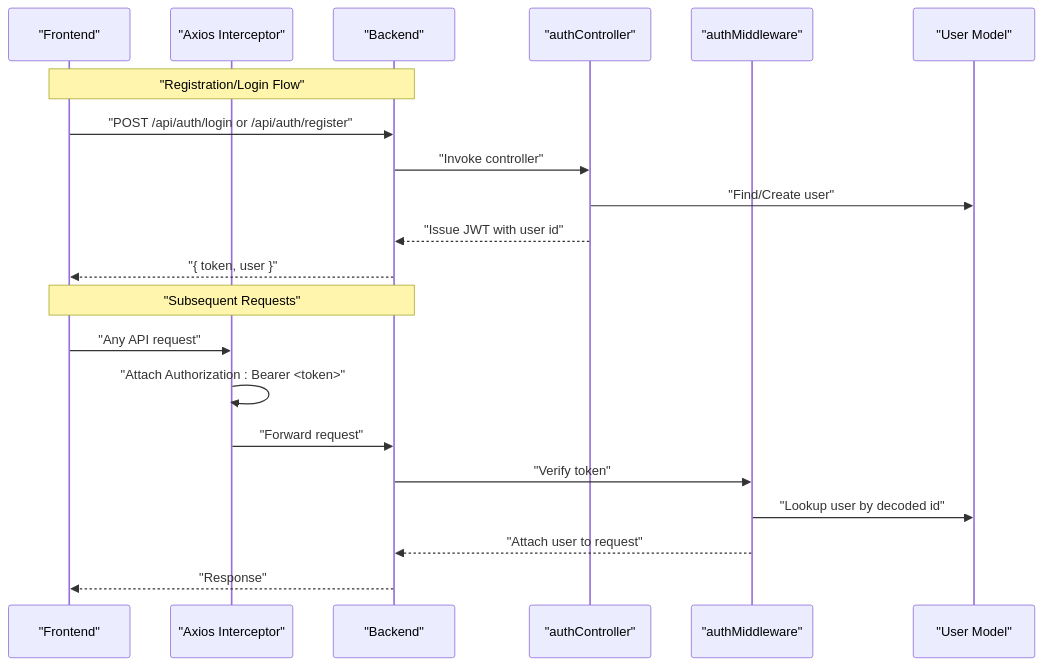
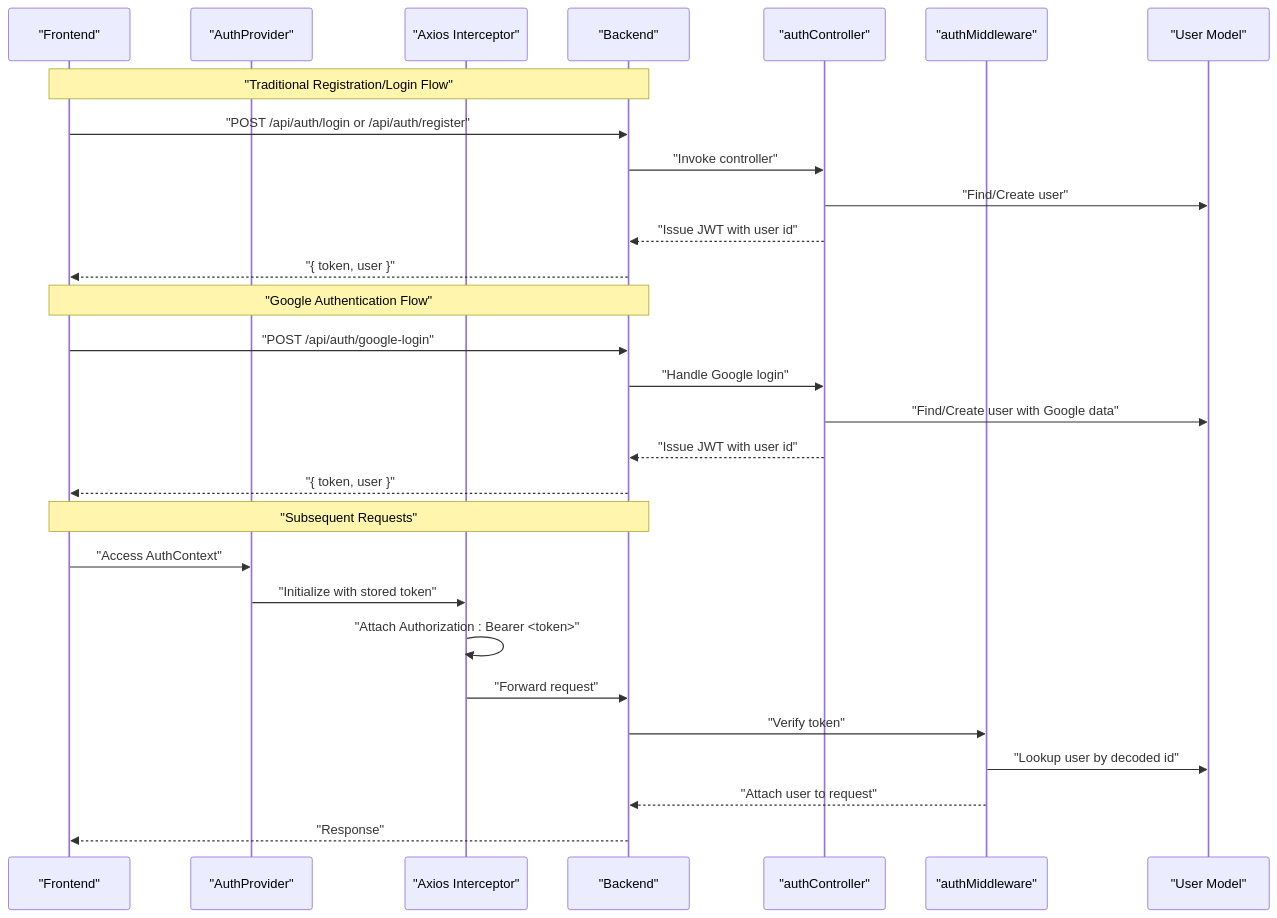
Before and after one commit to Pavan-PSPK9032/TrendsandToss: the second of 5 diagrams in .qoder/repowiki/en/content/Authentication & Authorization/JWT Token Flow & Management.md, drawn with Mermaid. The commit also changed other lines of this file and 5 other files, not shown here.

````diff
--- a/.qoder/repowiki/en/content/Authentication & Authorization/JWT Token Flow & Management.md
+++ b/.qoder/repowiki/en/content/Authentication & Authorization/JWT Token Flow & Management.md
@@ -114,23 +139,31 @@
 ```mermaid
 sequenceDiagram
 participant FE as "Frontend"
+participant MAIN as "AuthProvider"
 participant AX as "Axios Interceptor"
 participant BE as "Backend"
 participant CTRL as "authController"
 participant MDW as "authMiddleware"
 participant DB as "User Model"
-Note over FE,BE : "Registration/Login Flow"
+Note over FE,BE : "Traditional Registration/Login Flow"
 FE->>BE : "POST /api/auth/login or /api/auth/register"
 BE->>CTRL : "Invoke controller"
 CTRL->>DB : "Find/Create user"
 CTRL-->>BE : "Issue JWT with user id"
 BE-->>FE : "{ token, user }"
+Note over FE,BE : "Google Authentication Flow"
+FE->>BE : "POST /api/auth/google-login"
+BE->>CTRL : "Handle Google login"
+CTRL->>DB : "Find/Create user with Google data"
+CTRL-->>BE : "Issue JWT with user id"
+BE-->>FE : "{ token, user }"
 Note over FE,BE : "Subsequent Requests"
-FE->>AX : "Any API request"
+FE->>MAIN : "Access AuthContext"
+MAIN->>AX : "Initialize with stored token"
 AX->>AX : "Attach Authorization : Bearer <token>"
 AX->>BE : "Forward request"
 BE->>MDW : "Verify token"
 MDW->>DB : "Lookup user by decoded id"
 MDW-->>BE : "Attach user to request"
 BE-->>FE : "Response"
 ```
````
